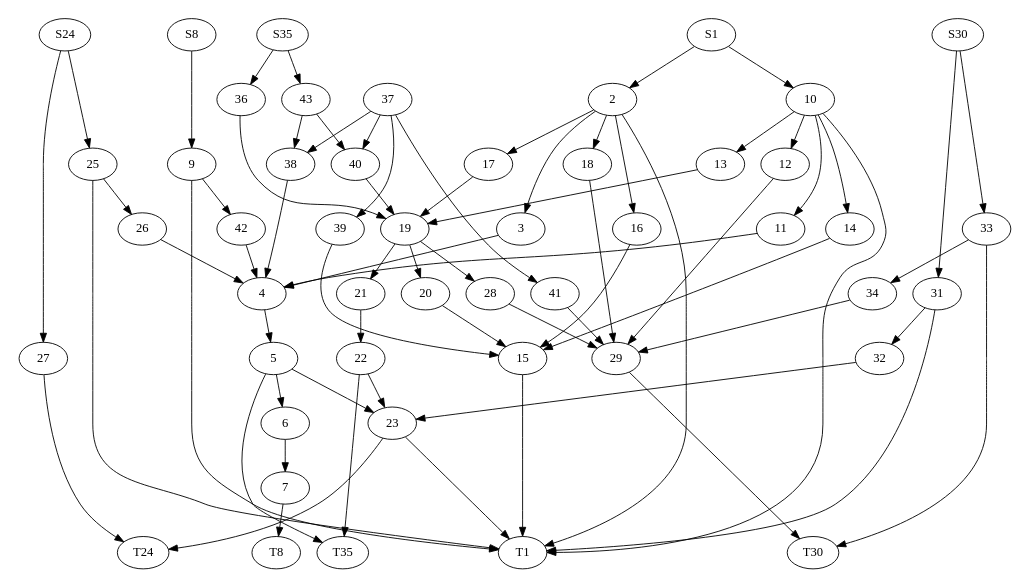
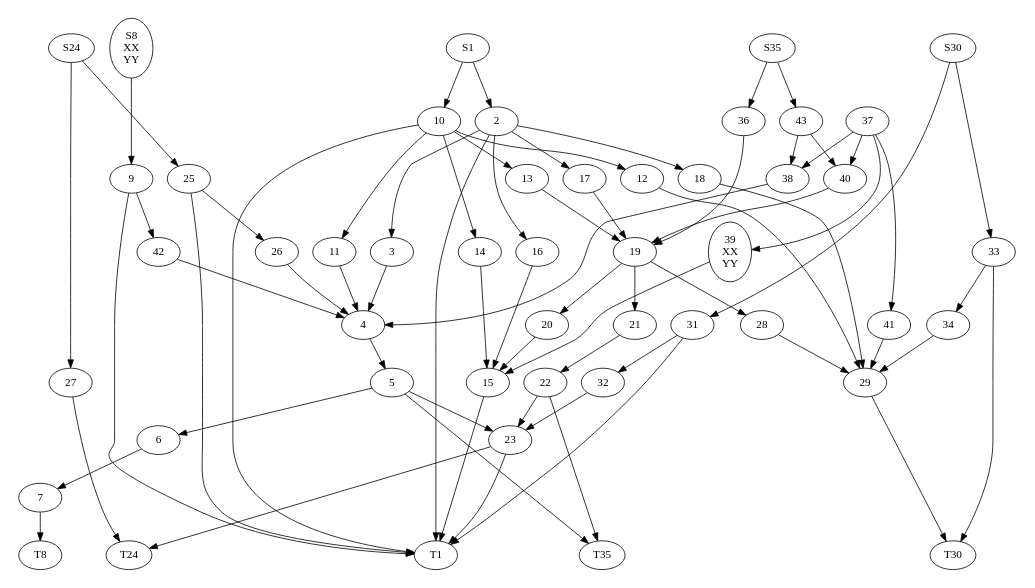
Before and after one commit to loov/layout: the diagram in cmd/glay/world.gv, drawn with Graphviz. The commit also changed 3 other files, not shown here.

```diff
--- a/cmd/glay/world.gv
+++ b/cmd/glay/world.gv
@@ -1,73 +1,76 @@
 
 /*
 World Dynamics
 http://www.graphviz.org/Gallery/directed/world.html
 */
 digraph world {
 	size="7,7";
+
+	S8 [label="S8\nXX\nYY"];
+	39 [label="39\nXX\nYY"];
 
 	{rank=same; S8 S24 S1 S35 S30;}
 	{rank=same; T8 T24 T1 T35 T30;}
 	{rank=same; 43 37 36 10 2;}
 	{rank=same; 25 9 38 40 13 17 12 18;}
 	{rank=same; 26 42 11 3 33 19 39 14 16;}
 	{rank=same; 4 31 34 21 41 28 20;}
 	{rank=same; 27 5 22 32 29 15;}
 	{rank=same; 6 23;}
 	{rank=same; 7;}
 
 	S8 -> 9;
 	S24 -> 25;
 	S24 -> 27;
 	S1 -> 2;
 	S1 -> 10;
 	S35 -> 43;
 	S35 -> 36;
 	S30 -> 31;
 	S30 -> 33;
 	9 -> 42;
 	9 -> T1;
 	25 -> T1;
 	25 -> 26;
 	27 -> T24;
 	2 -> {3 ; 16 ; 17 ; T1 ; 18}
 	10 -> { 11 ; 14 ; T1 ; 13; 12;}
 	31 -> T1;
 	31 -> 32;
 	33 -> T30;
 	33 -> 34;
 	42 -> 4;
 	26 -> 4;
 	3 -> 4;
 	16 -> 15;
 	17 -> 19;
 	18 -> 29;
 	11 -> 4;
 	14 -> 15;
 	37 -> {39 ; 41 ; 38 ; 40;}
 	13 -> 19;
 	12 -> 29;
 	43 -> 38;
 	43 -> 40;
 	36 -> 19;
 	32 -> 23;
 	34 -> 29;
 	39 -> 15;
 	41 -> 29;
 	38 -> 4;
 	40 -> 19;
 	4 -> 5;
 	19 -> {21 ; 20 ; 28;}
 	5 -> {6 ; T35 ; 23;}
 	21 -> 22;
 	20 -> 15;
 	28 -> 29;
 	6 -> 7;
 	15 -> T1;
 	22 -> T35;
 	22 -> 23;
 	29 -> T30;
 	7 -> T8;
 	23 -> T24;
 	23 -> T1;
 }
```
